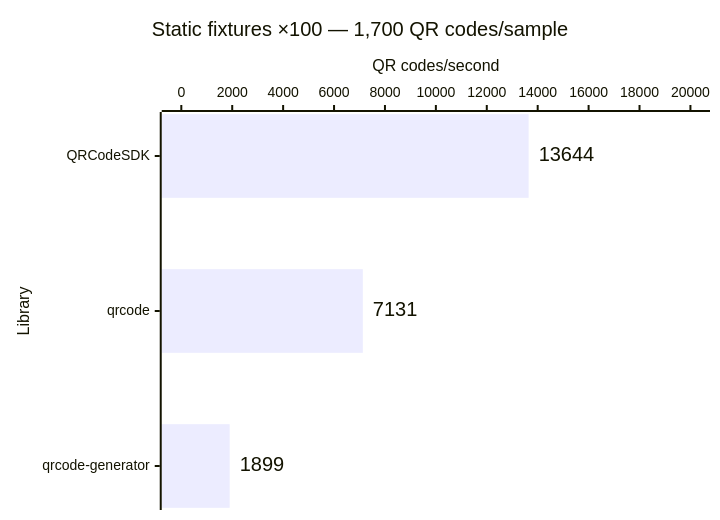
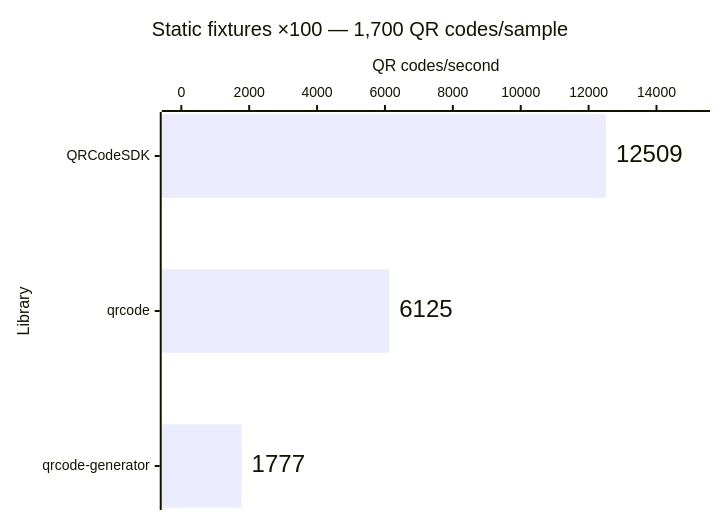
Before and after one commit to Dafnik/qrcodesdk: the third of 14 diagrams in apps/docs/src/content/docs/learn/performance.md, drawn with Mermaid. The commit also changed other lines of this file and 2 other files, not shown here.

````diff
--- a/apps/docs/src/content/docs/learn/performance.md
+++ b/apps/docs/src/content/docs/learn/performance.md
@@ -61,15 +61,15 @@
 ```mermaid
 ---
 config:
   xyChart:
     showDataLabel: true
     showDataLabelOutsideBar: true
 ---
 xychart horizontal
   accTitle: Matrix generation: Static fixtures ×100 — 1,700 QR codes/sample
-  accDescr: Throughput calculated from median time. QRCodeSDK 13,644 QR codes per second, qrcode 7,131 QR codes per second, qrcode-generator 1,899 QR codes per second. Higher is better.
+  accDescr: Throughput calculated from median time. QRCodeSDK 12,509 QR codes per second, qrcode 6,125 QR codes per second, qrcode-generator 1,777 QR codes per second. Higher is better.
   title "Static fixtures ×100 — 1,700 QR codes/sample"
   x-axis "Library" ["QRCodeSDK", "qrcode", "qrcode-generator"]
-  y-axis "QR codes/second" 0 --> 20000
-  bar [13644, 7131, 1899]
+  y-axis "QR codes/second" 0 --> 15000
+  bar [12509, 6125, 1777]
 ```
````
